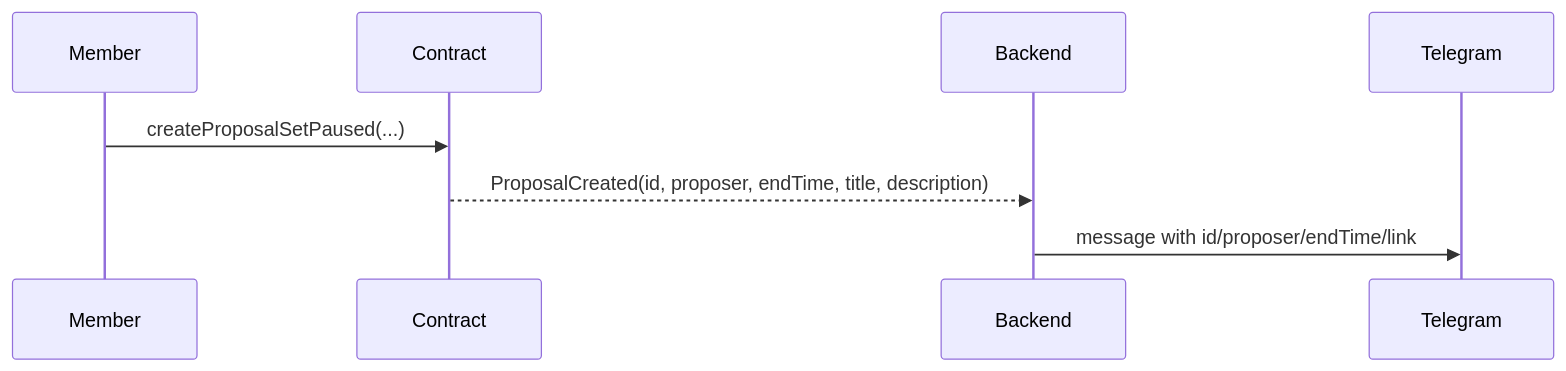
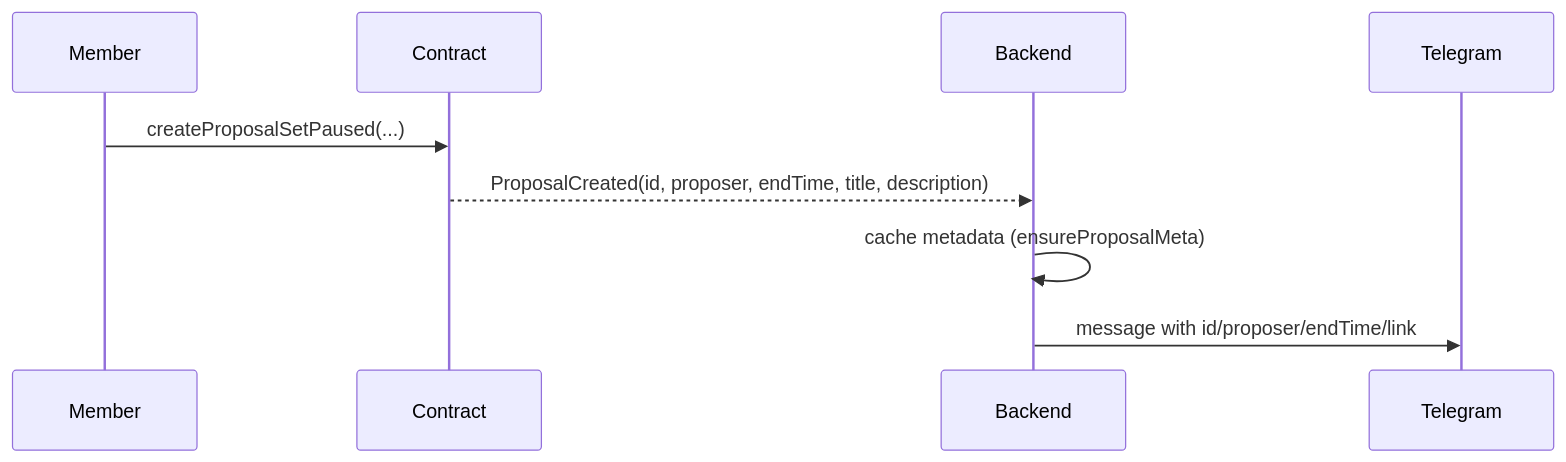
Before and after one commit to templ-fun/templ-evm-protocol: the seventh of 11 diagrams in docs/CORE_FLOW_DOCS.MD, drawn with Mermaid. The commit also changed other lines of this file and 4 other files, not shown here.

````diff
--- a/docs/CORE_FLOW_DOCS.MD
+++ b/docs/CORE_FLOW_DOCS.MD
@@ -100,10 +101,11 @@
 ```mermaid
 sequenceDiagram
     participant M as Member
     participant C as Contract
     participant B as Backend
     participant T as Telegram
     M->>C: createProposalSetPaused(...)
     C-->>B: ProposalCreated(id, proposer, endTime, title, description)
+    B->>B: cache metadata (ensureProposalMeta)
     B->>T: message with id/proposer/endTime/link
 ```
````
